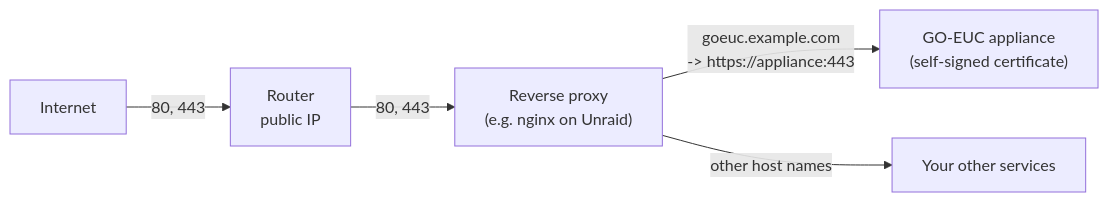
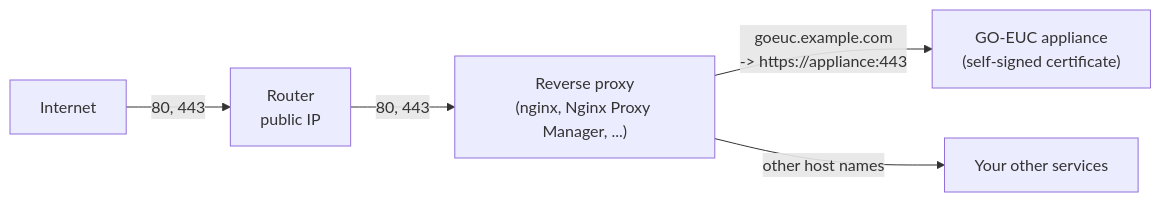
Before and after one commit to GO-EUC/Influx_grafana_deploy: the second of 3 diagrams in docs/external-access.md, drawn with Mermaid. The commit also changed other lines of this file and 16 other files, not shown here.

````diff
--- a/docs/external-access.md
+++ b/docs/external-access.md
@@ -57,7 +57,7 @@
 ```mermaid
 flowchart LR
     internet["Internet"] -- "80, 443" --> router["Router<br/>public IP"]
-    router -- "80, 443" --> proxy["Reverse proxy<br/>(e.g. nginx on Unraid)"]
+    router -- "80, 443" --> proxy["Reverse proxy<br/>(nginx, Nginx Proxy Manager, ...)"]
     proxy -- "goeuc.example.com<br/>-> https://appliance:443" --> appliance["GO-EUC appliance<br/>(self-signed certificate)"]
     proxy -- "other host names" --> other["Your other services"]
 ```
````
